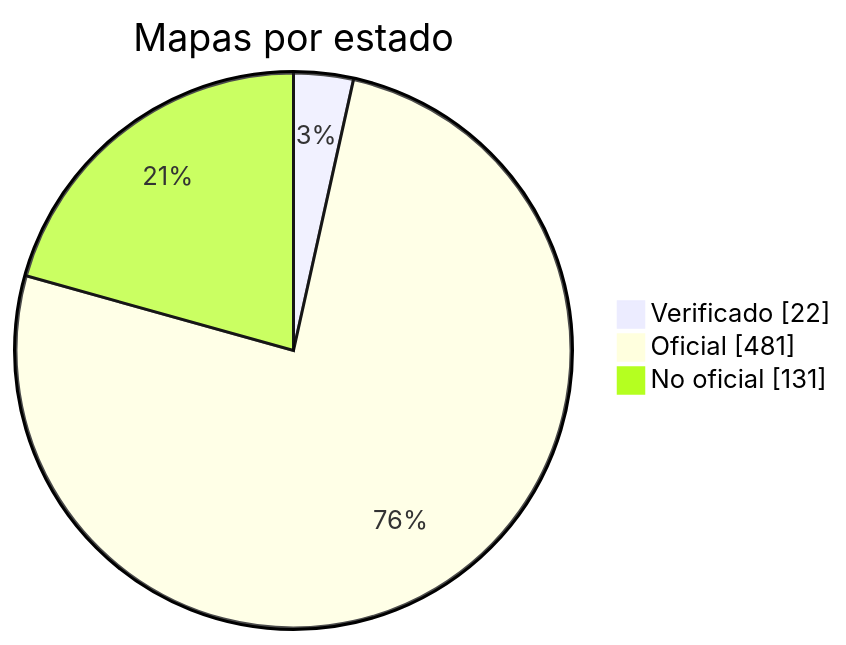
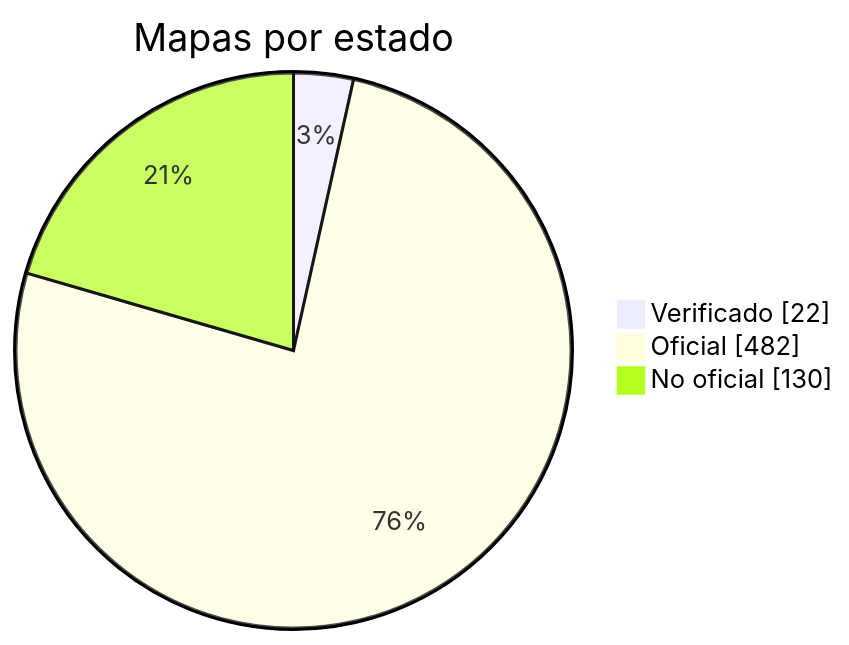
One commit to nobrega8/mbmap-library changed the diagram in docs/readme/README_ES.md. Above: the diagram before and after it, drawn with Mermaid. The commit also changed 6 other files, not shown here.

````diff
--- a/docs/readme/README_ES.md
+++ b/docs/readme/README_ES.md
@@ -54,7 +54,7 @@
 ```mermaid
 pie showData
     title Mapas por estado
     "Verificado" : 22
-    "Oficial" : 481
-    "No oficial" : 131
+    "Oficial" : 482
+    "No oficial" : 130
 ```
````
